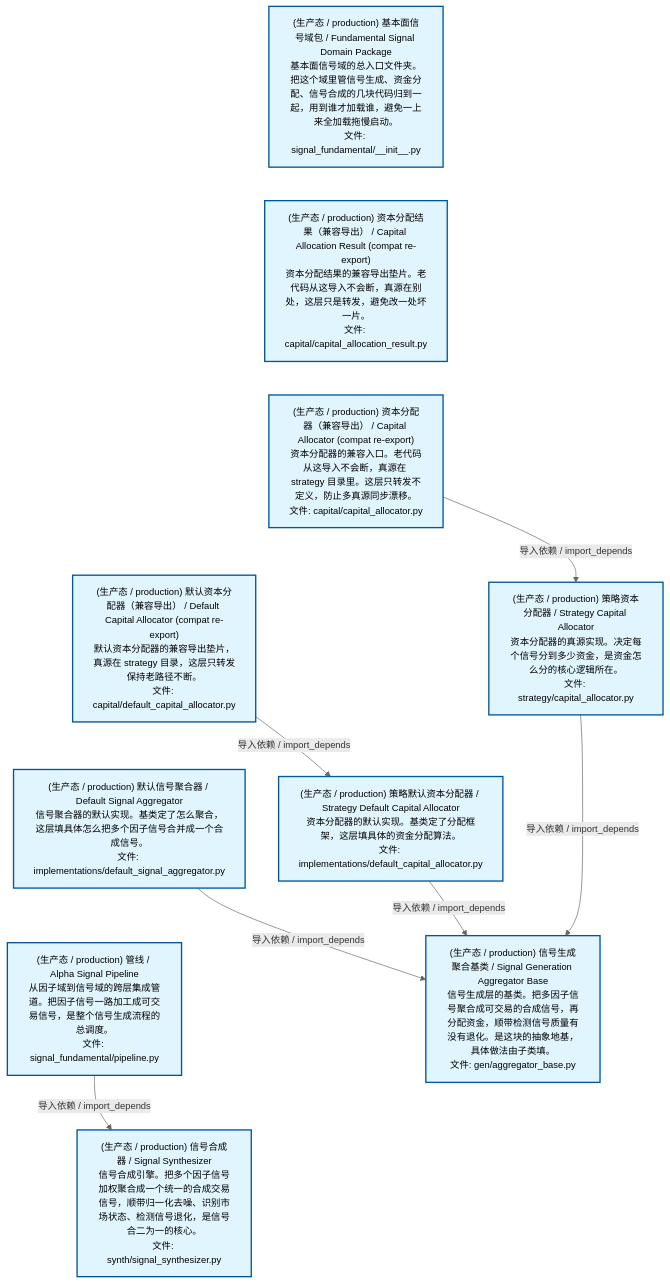
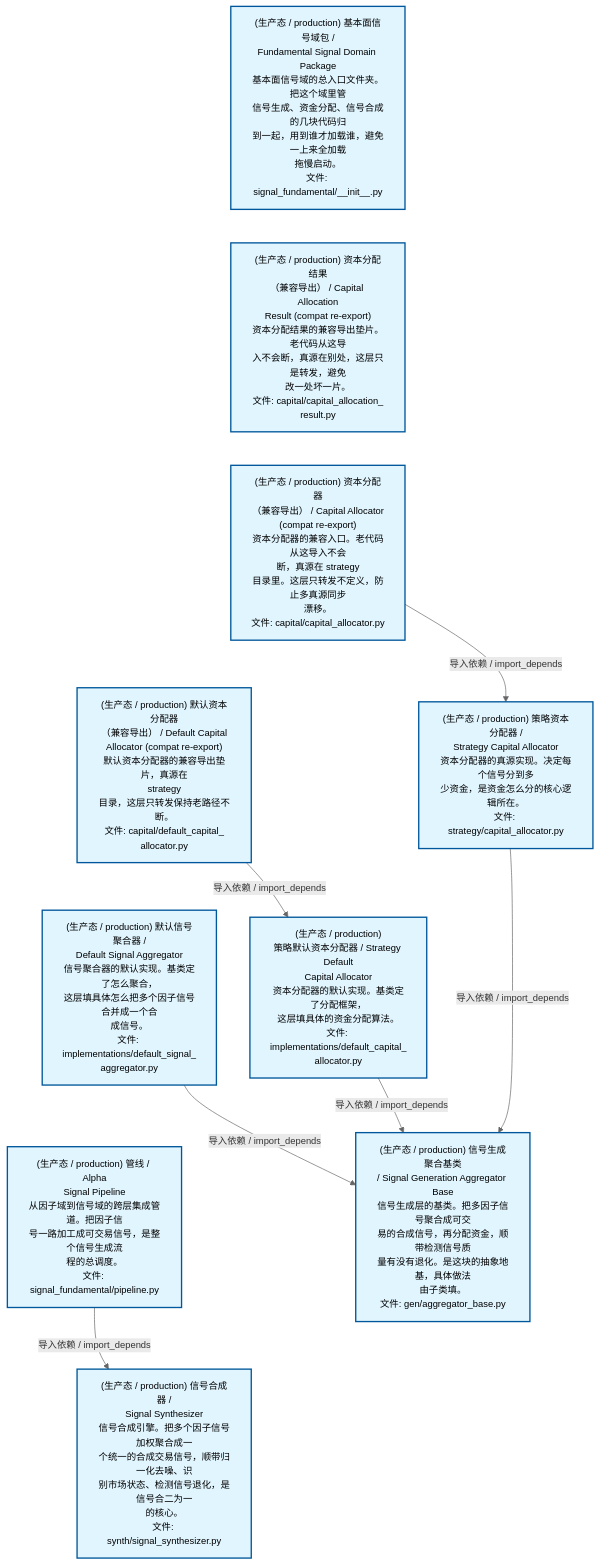
The second of 4 diagrams in docs/02_enterprise_architecture/02_domain_architecture_docs/48_d_fundamental_signal.md (xuanFelixVan/ZephyrAlpha), drawn with Mermaid before and after one commit. The commit also changed other lines of this file and 59 other files, not shown here.

````diff
--- a/docs/02_enterprise_architecture/02_domain_architecture_docs/48_d_fundamental_signal.md
+++ b/docs/02_enterprise_architecture/02_domain_architecture_docs/48_d_fundamental_signal.md
@@ -123,32 +123,32 @@
 ```mermaid
 %%{init: {'theme': 'base', 'themeVariables': {'primaryColor': '#eaeaea', 'primaryTextColor': '#333333', 'primaryBorderColor': '#666666', 'lineColor': '#666666', 'secondaryColor': '#eaeaea', 'tertiaryColor': '#eaeaea', 'fontSize': '14px'}}}%%
 flowchart TD
-    src_zephyr_signal_fundamental_init_py["(生产态 / production) 基本面信号域包 / Fundamental Signal Domain Package<br/>基本面信号域的总入口文件夹。把这个域里管信号生成、资金分配、信号合成的几块代码归到一起，用到谁才加载谁，避免一上来全加载拖慢启动。<br/>文件: signal_fundamental/__init__.py"]
-    src_zephyr_signal_fundamental_capital_capital_allocation_result_py["(生产态 / production) 资本分配结果（兼容导出） / Capital Allocation Result (compat re-export)<br/>资本分配结果的兼容导出垫片。老代码从这导入不会断，真源在别处，这层只是转发，避免改一处坏一片。<br/>文件: capital/capital_allocation_result.py"]
-    src_zephyr_signal_fundamental_capital_capital_allocator_py["(生产态 / production) 资本分配器（兼容导出） / Capital Allocator (compat re-export)<br/>资本分配器的兼容入口。老代码从这导入不会断，真源在 strategy 目录里。这层只转发不定义，防止多真源同步漂移。<br/>文件: capital/capital_allocator.py"]
-    src_zephyr_signal_fundamental_capital_default_capital_allocator_py["(生产态 / production) 默认资本分配器（兼容导出） / Default Capital Allocator (compat re-export)<br/>默认资本分配器的兼容导出垫片，真源在 strategy 目录，这层只转发保持老路径不断。<br/>文件: capital/default_capital_allocator.py"]
-    src_zephyr_signal_fundamental_gen_implementations_default_signal_aggregator_py["(生产态 / production) 默认信号聚合器 / Default Signal Aggregator<br/>信号聚合器的默认实现。基类定了怎么聚合，这层填具体怎么把多个因子信号合并成一个合成信号。<br/>文件: implementations/default_signal_aggregator.py"]
-    src_zephyr_signal_fundamental_pipeline_py["(生产态 / production) 管线 / Alpha Signal Pipeline<br/>从因子域到信号域的跨层集成管道。把因子信号一路加工成可交易信号，是整个信号生成流程的总调度。<br/>文件: signal_fundamental/pipeline.py"]
+    src_zephyr_signal_fundamental_init_py["(生产态 / production) 基本面信号域包 /<br/>Fundamental Signal Domain Package<br/>基本面信号域的总入口文件夹。把这个域里管<br/>信号生成、资金分配、信号合成的几块代码归<br/>到一起，用到谁才加载谁，避免一上来全加载<br/>拖慢启动。<br/>文件: signal_fundamental/__init__.py"]
+    src_zephyr_signal_fundamental_capital_capital_allocation_result_py["(生产态 / production) 资本分配结果<br/>（兼容导出） / Capital Allocation<br/>Result (compat re-export)<br/>资本分配结果的兼容导出垫片。老代码从这导<br/>入不会断，真源在别处，这层只是转发，避免<br/>改一处坏一片。<br/>文件: capital/capital_allocation_<br/>result.py"]
+    src_zephyr_signal_fundamental_capital_capital_allocator_py["(生产态 / production) 资本分配器<br/>（兼容导出） / Capital Allocator<br/>(compat re-export)<br/>资本分配器的兼容入口。老代码从这导入不会<br/>断，真源在 strategy<br/>目录里。这层只转发不定义，防止多真源同步<br/>漂移。<br/>文件: capital/capital_allocator.py"]
+    src_zephyr_signal_fundamental_capital_default_capital_allocator_py["(生产态 / production) 默认资本分配器<br/>（兼容导出） / Default Capital<br/>Allocator (compat re-export)<br/>默认资本分配器的兼容导出垫片，真源在<br/>strategy<br/>目录，这层只转发保持老路径不断。<br/>文件: capital/default_capital_<br/>allocator.py"]
+    src_zephyr_signal_fundamental_gen_implementations_default_signal_aggregator_py["(生产态 / production) 默认信号聚合器 /<br/>Default Signal Aggregator<br/>信号聚合器的默认实现。基类定了怎么聚合，<br/>这层填具体怎么把多个因子信号合并成一个合<br/>成信号。<br/>文件: implementations/default_signal_<br/>aggregator.py"]
+    src_zephyr_signal_fundamental_pipeline_py["(生产态 / production) 管线 / Alpha<br/>Signal Pipeline<br/>从因子域到信号域的跨层集成管道。把因子信<br/>号一路加工成可交易信号，是整个信号生成流<br/>程的总调度。<br/>文件: signal_fundamental/pipeline.py"]
     src_zephyr_signal_fundamental_init_py ~~~ src_zephyr_signal_fundamental_capital_capital_allocation_result_py
     src_zephyr_signal_fundamental_capital_capital_allocation_result_py ~~~ src_zephyr_signal_fundamental_capital_capital_allocator_py
     src_zephyr_signal_fundamental_capital_capital_allocator_py ~~~ src_zephyr_signal_fundamental_capital_default_capital_allocator_py
     src_zephyr_signal_fundamental_capital_default_capital_allocator_py ~~~ src_zephyr_signal_fundamental_gen_implementations_default_signal_aggregator_py
     src_zephyr_signal_fundamental_gen_implementations_default_signal_aggregator_py ~~~ src_zephyr_signal_fundamental_pipeline_py
-    src_zephyr_signal_fundamental_strategy_capital_allocator_py["(生产态 / production) 策略资本分配器 / Strategy Capital Allocator<br/>资本分配器的真源实现。决定每个信号分到多少资金，是资金怎么分的核心逻辑所在。<br/>文件: strategy/capital_allocator.py"]
-    src_zephyr_signal_fundamental_strategy_implementations_default_capital_allocator_py["(生产态 / production) 策略默认资本分配器 / Strategy Default Capital Allocator<br/>资本分配器的默认实现。基类定了分配框架，这层填具体的资金分配算法。<br/>文件: implementations/default_capital_allocator.py"]
-    src_zephyr_signal_fundamental_synth_signal_synthesizer_py["(生产态 / production) 信号合成器 / Signal Synthesizer<br/>信号合成引擎。把多个因子信号加权聚合成一个统一的合成交易信号，顺带归一化去噪、识别市场状态、检测信号退化，是信号合二为一的核心。<br/>文件: synth/signal_synthesizer.py"]
+    src_zephyr_signal_fundamental_strategy_capital_allocator_py["(生产态 / production) 策略资本分配器 /<br/>Strategy Capital Allocator<br/>资本分配器的真源实现。决定每个信号分到多<br/>少资金，是资金怎么分的核心逻辑所在。<br/>文件: strategy/capital_allocator.py"]
+    src_zephyr_signal_fundamental_strategy_implementations_default_capital_allocator_py["(生产态 / production)<br/>策略默认资本分配器 / Strategy Default<br/>Capital Allocator<br/>资本分配器的默认实现。基类定了分配框架，<br/>这层填具体的资金分配算法。<br/>文件: implementations/default_capital_<br/>allocator.py"]
+    src_zephyr_signal_fundamental_synth_signal_synthesizer_py["(生产态 / production) 信号合成器 /<br/>Signal Synthesizer<br/>信号合成引擎。把多个因子信号加权聚合成一<br/>个统一的合成交易信号，顺带归一化去噪、识<br/>别市场状态、检测信号退化，是信号合二为一<br/>的核心。<br/>文件: synth/signal_synthesizer.py"]
     src_zephyr_signal_fundamental_strategy_capital_allocator_py ~~~ src_zephyr_signal_fundamental_strategy_implementations_default_capital_allocator_py
     src_zephyr_signal_fundamental_strategy_implementations_default_capital_allocator_py ~~~ src_zephyr_signal_fundamental_synth_signal_synthesizer_py
-    src_zephyr_signal_fundamental_gen_aggregator_base_py["(生产态 / production) 信号生成聚合基类 / Signal Generation Aggregator Base<br/>信号生成层的基类。把多因子信号聚合成可交易的合成信号，再分配资金，顺带检测信号质量有没有退化。是这块的抽象地基，具体做法由子类填。<br/>文件: gen/aggregator_base.py"]
+    src_zephyr_signal_fundamental_gen_aggregator_base_py["(生产态 / production) 信号生成聚合基类<br/>/ Signal Generation Aggregator Base<br/>信号生成层的基类。把多因子信号聚合成可交<br/>易的合成信号，再分配资金，顺带检测信号质<br/>量有没有退化。是这块的抽象地基，具体做法<br/>由子类填。<br/>文件: gen/aggregator_base.py"]
     src_zephyr_signal_fundamental_pipeline_py -->|导入依赖 / import_depends| src_zephyr_signal_fundamental_synth_signal_synthesizer_py
     src_zephyr_signal_fundamental_capital_capital_allocator_py -->|导入依赖 / import_depends| src_zephyr_signal_fundamental_strategy_capital_allocator_py
     src_zephyr_signal_fundamental_capital_default_capital_allocator_py -->|导入依赖 / import_depends| src_zephyr_signal_fundamental_strategy_implementations_default_capital_allocator_py
     src_zephyr_signal_fundamental_gen_implementations_default_signal_aggregator_py -->|导入依赖 / import_depends| src_zephyr_signal_fundamental_gen_aggregator_base_py
     src_zephyr_signal_fundamental_strategy_implementations_default_capital_allocator_py -->|导入依赖 / import_depends| src_zephyr_signal_fundamental_gen_aggregator_base_py
     src_zephyr_signal_fundamental_strategy_capital_allocator_py -->|导入依赖 / import_depends| src_zephyr_signal_fundamental_gen_aggregator_base_py
     classDef production fill:#e1f5fe,stroke:#01579b,stroke-width:2px,color:#000
     classDef design fill:#fff3e0,stroke:#e65100,stroke-width:2px,color:#000,stroke-dasharray: 5 5
     classDef external_prod fill:#e8f4fd,stroke:#0277bd,stroke-width:1px,color:#000
     classDef external_design fill:#fff8e7,stroke:#ef6c00,stroke-width:1px,color:#000,stroke-dasharray: 5 5
     class src_zephyr_signal_fundamental_init_py,src_zephyr_signal_fundamental_capital_capital_allocation_result_py,src_zephyr_signal_fundamental_capital_capital_allocator_py,src_zephyr_signal_fundamental_capital_default_capital_allocator_py,src_zephyr_signal_fundamental_gen_aggregator_base_py,src_zephyr_signal_fundamental_gen_implementations_default_signal_aggregator_py,src_zephyr_signal_fundamental_pipeline_py,src_zephyr_signal_fundamental_strategy_capital_allocator_py,src_zephyr_signal_fundamental_strategy_implementations_default_capital_allocator_py,src_zephyr_signal_fundamental_synth_signal_synthesizer_py production
 ```
````
